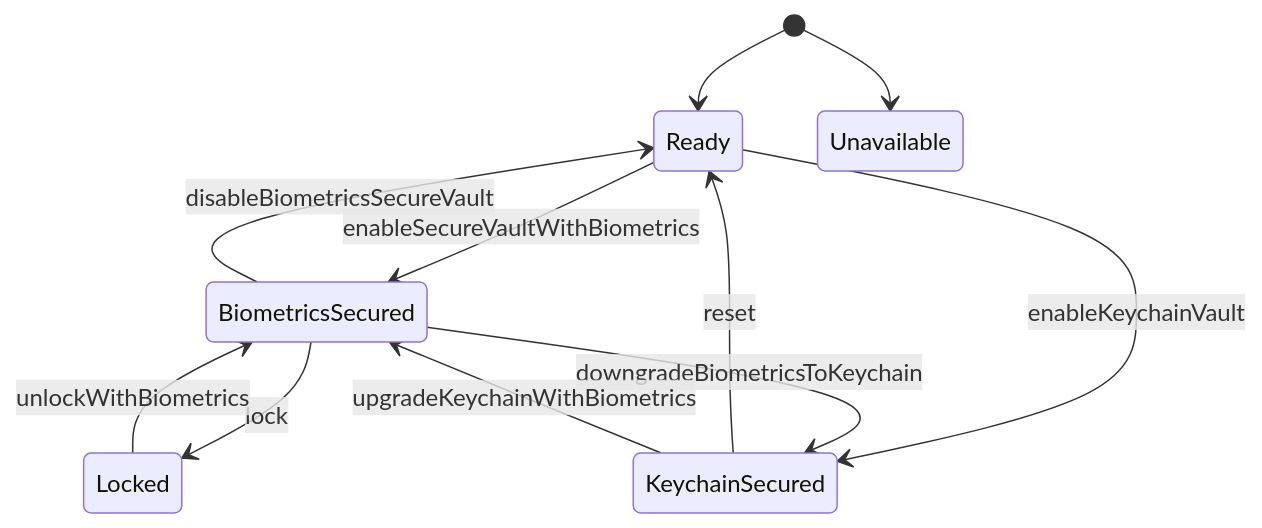
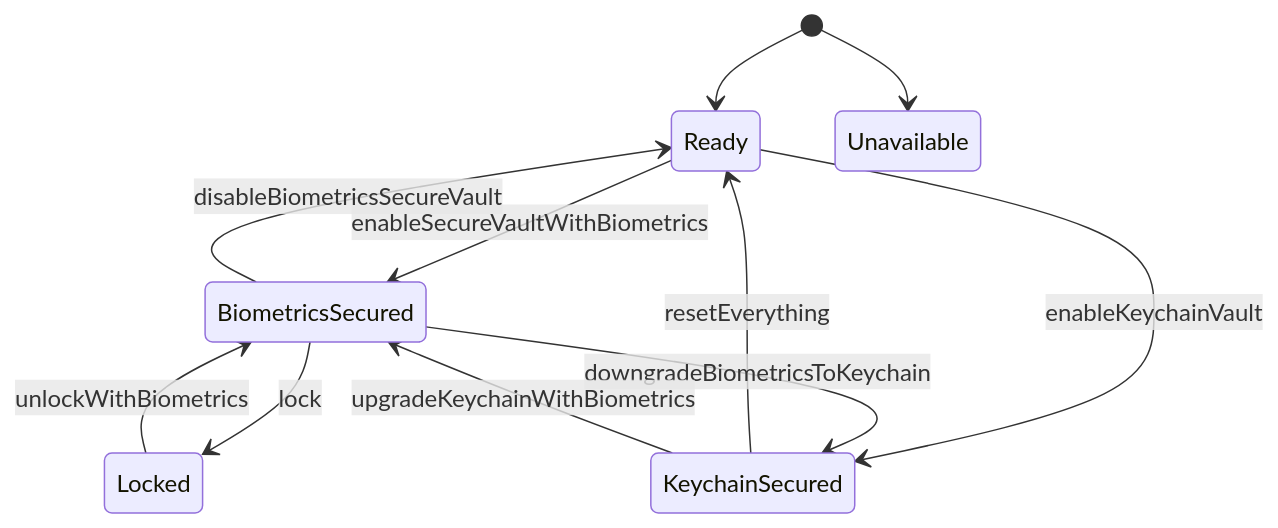
One commit to ariskox/BiometricsVault changed the diagram in README.md. Above: the diagram before and after it, drawn with Mermaid. The commit also changed other lines of this file, not shown here.

````diff
--- a/README.md
+++ b/README.md
@@ -134,13 +134,13 @@
 ```mermaid
 stateDiagram-v2
     [*] --> Ready
     [*] --> Unavailable
     Ready --> ΒiometricsSecured: enableSecureVaultWithBiometrics
     ΒiometricsSecured --> Locked: lock
     Locked --> ΒiometricsSecured: unlockWithBiometrics
     Ready --> KeychainSecured: enableKeychainVault
-    KeychainSecured --> Ready: reset
+    KeychainSecured --> Ready: resetEverything
     ΒiometricsSecured --> Ready: disableBiometricsSecureVault
     ΒiometricsSecured --> KeychainSecured: downgradeBiometricsToKeychain
     KeychainSecured --> ΒiometricsSecured: upgradeKeychainWithBiometrics
 ```
````
